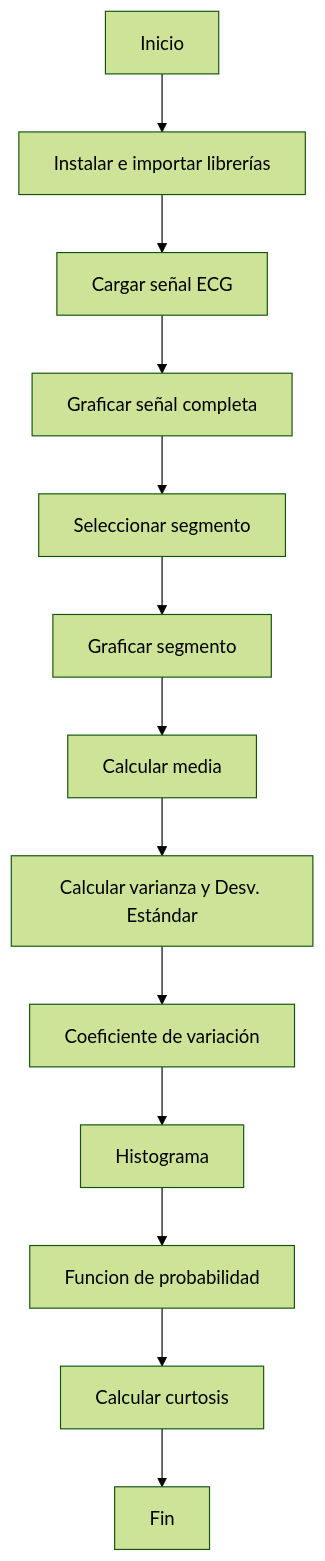
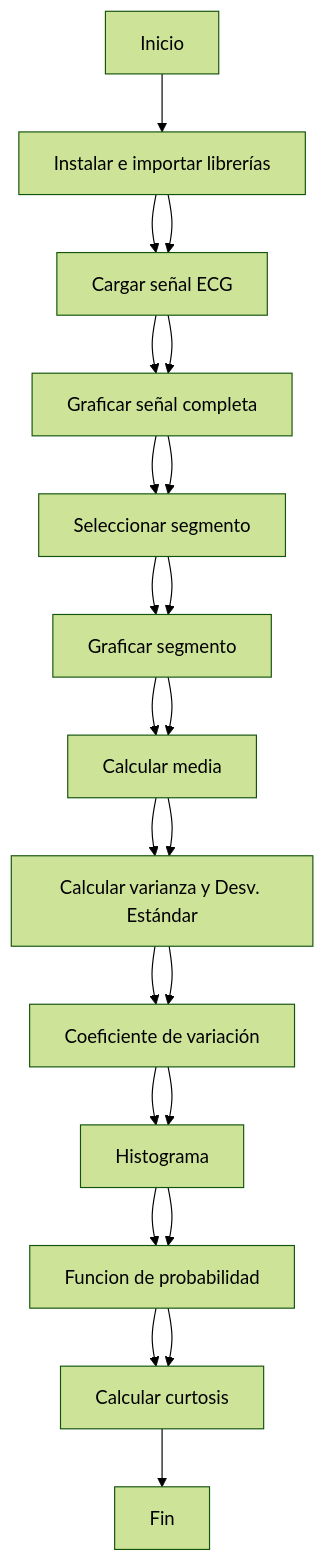
Before and after one commit to LauraDaniela09/Laboratorio-1--estadistica: the diagram in README.md, drawn with Mermaid (forest theme). The commit also changed other lines of this file, not shown here.

````diff
--- a/README.md
+++ b/README.md
@@ -7,15 +7,27 @@
 ```mermaid
 flowchart TB
     A[Inicio] --> B[Instalar e importar librerías]
     B --> C[Cargar señal ECG]
     C --> D[Graficar señal completa]
     D --> E[Seleccionar segmento]
     E --> F[Graficar segmento]
     F --> G[Calcular media]
     G --> H[Calcular varianza y Desv. Estándar]
     H --> I[Coeficiente de variación]
     I --> J[Histograma]
     J --> K[Funcion de probabilidad]
     K --> L[Calcular curtosis]
     L --> M[Fin]
+%% Forzar saltos de línea visuales (posición)
+    B --> C
+    D --> E
+    F --> G
+    H --> I
+    J --> K
+%% Añadir saltos visuales para hacer zigzag
+    C -->| | D
+    E -->| | F
+    G -->| | H
+    I -->| | J
+    K -->| | L
 ```
````
